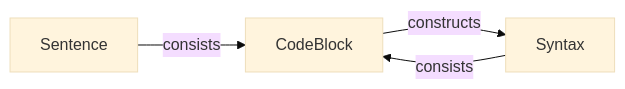
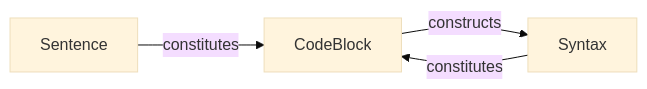
Before and after one commit to RayZh-hs/mkdata: the diagram in design/parsing.md, drawn with Mermaid (base theme).

Commit message:
fix: typo in parsing.md

````diff
--- a/design/parsing.md
+++ b/design/parsing.md
@@ -41,9 +41,9 @@
 ```mermaid
 graph LR;
     Sentence[Sentence]
     CodeBlock[CodeBlock]
     Syntax[Syntax]
-    Sentence -->|consists| CodeBlock
+    Sentence -->|constitutes| CodeBlock
     CodeBlock -->|constructs| Syntax
-    Syntax -->|consists| CodeBlock
+    Syntax -->|constitutes| CodeBlock
 ```
````
